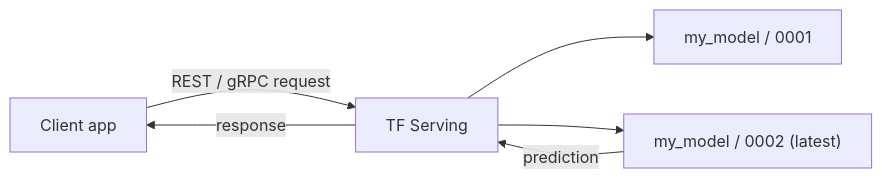
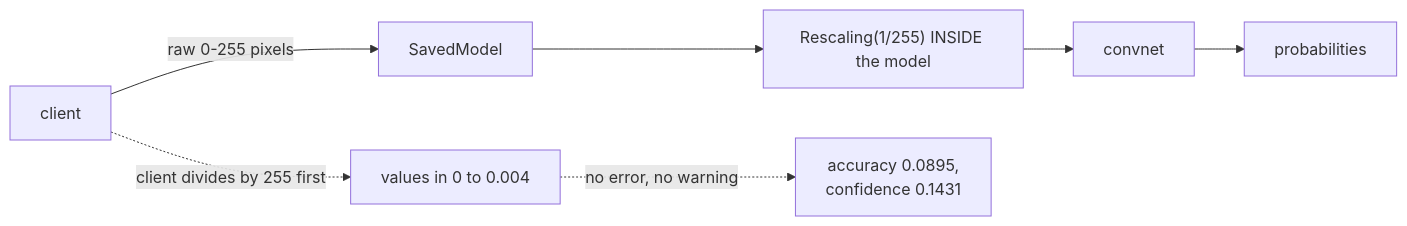
Before and after one commit to Ravikisha/PythonCentralHub: the diagram in src/content/docs/Deep Learning/Phase 08 - Scaling & Deploying Deep Models/Serving Models with TensorFlow Serving.mdx, drawn with Mermaid. The commit also changed other lines of this file and 626 other files, not shown here.

````diff
--- a/src/content/docs/Deep Learning/Phase 08 - Scaling & Deploying Deep Models/Serving Models with TensorFlow Serving.mdx
+++ b/src/content/docs/Deep Learning/Phase 08 - Scaling & Deploying Deep Models/Serving Models with TensorFlow Serving.mdx
@@ -30,8 +128,9 @@
-```mermaid title="From a trained model to a served prediction" desc="A client sends a request; TF Serving routes it to the loaded model version and returns a prediction."
+```mermaid
 flowchart LR
-  C["Client app"] -->|"REST / gRPC request"| S["TF Serving"]
-  S --> V1["my_model / 0001"]
-  S --> V2["my_model / 0002 (latest)"]
-  V2 -->|"prediction"| S
-  S -->|"response"| C
+  C["client"] -->|"raw 0-255 pixels"| S["SavedModel"]
+  S --> R["Rescaling(1/255) INSIDE the model"]
+  R --> N["convnet"]
+  N --> P["probabilities"]
+  C -.->|"client divides by 255 first"| W["values in 0 to 0.004"]
+  W -.->|"no error, no warning"| B["accuracy 0.0895,<br/>confidence 0.1431"]
 ```
````
